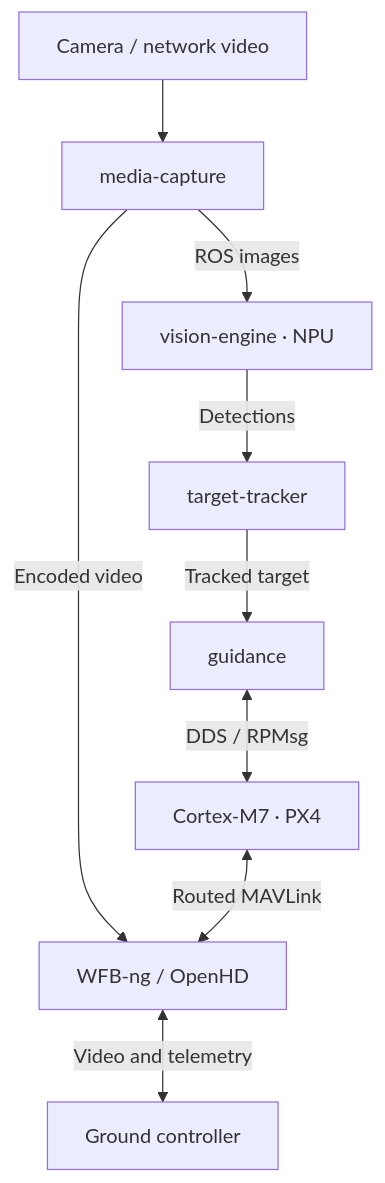
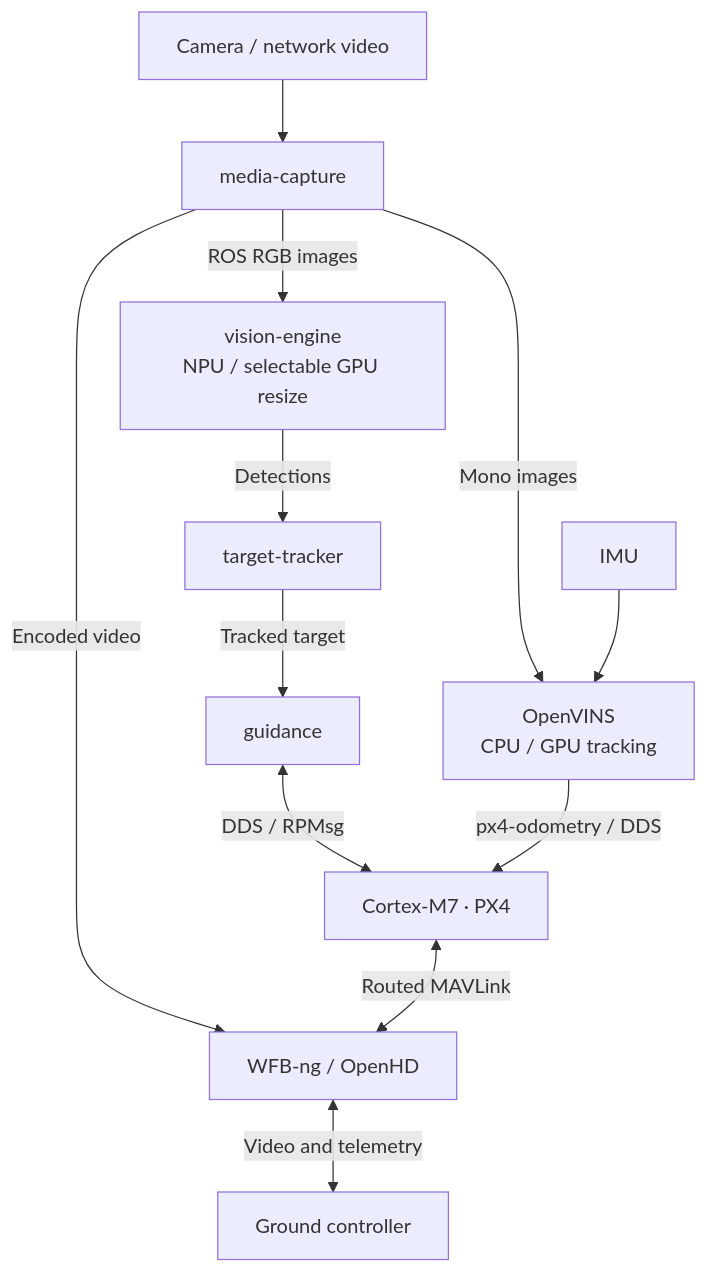
One commit to Swamy-BV/meta-raven changed the diagram in README.md. Above: the diagram before and after it, drawn with Mermaid. The commit also changed other lines of this file, not shown here.

Commit message:
Refresh platform features and GPU validation status

````diff
--- a/README.md
+++ b/README.md
@@ -47,11 +47,14 @@
 ```mermaid
 flowchart TD
     source["Camera / network video"] --> capture["media-capture"]
-    capture -->|ROS images| vision["vision-engine · NPU"]
+    capture -->|ROS RGB images| vision["vision-engine<br/>NPU / selectable GPU resize"]
     vision -->|Detections| tracker["target-tracker"]
     tracker -->|Tracked target| guidance["guidance"]
     guidance <-->|DDS / RPMsg| px4["Cortex-M7 · PX4"]
+    capture -->|Mono images| vio["OpenVINS<br/>CPU / GPU tracking"]
+    imu["IMU"] --> vio
+    vio -->|px4-odometry / DDS| px4
     capture -->|Encoded video| radio["WFB-ng / OpenHD"]
     px4 <-->|Routed MAVLink| radio
     radio <-->|Video and telemetry| ground["Ground controller"]
 ```
````
